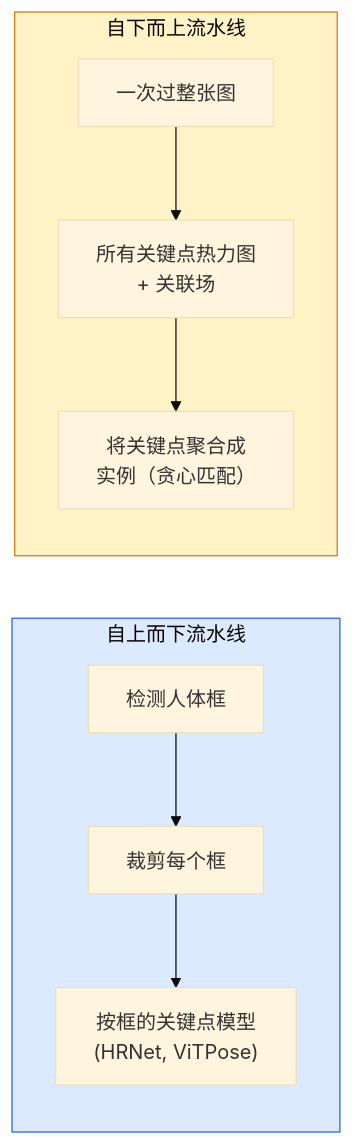
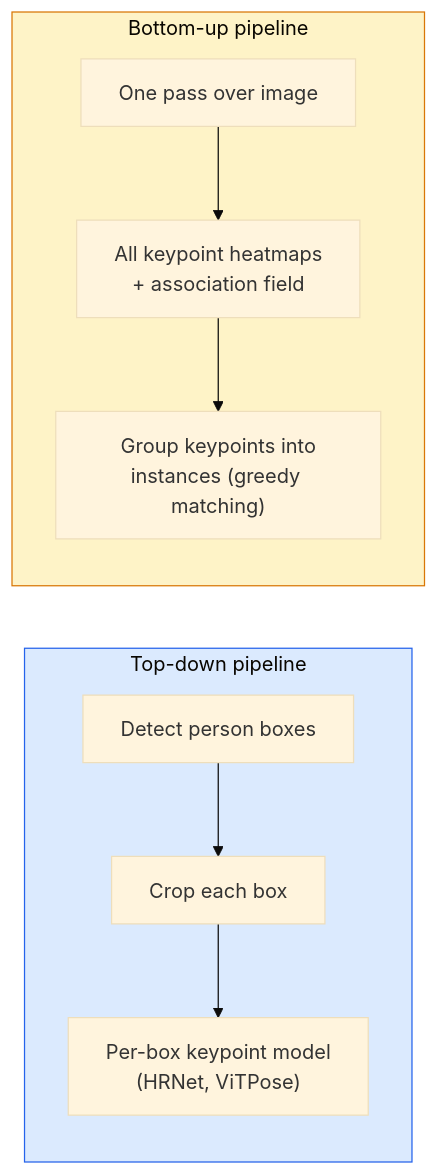
One commit to xiaojiaenen/ai-engineering-from-scratch-zh changed the diagram in i18n/zh/phases/04-computer-vision/21-keypoint-pose/docs/zh.md. Above: the diagram before and after it, drawn with Mermaid (base theme). The commit also changed other lines of this file and 28 other files, not shown here.

````diff
--- a/i18n/zh/phases/04-computer-vision/21-keypoint-pose/docs/zh.md
+++ b/i18n/zh/phases/04-computer-vision/21-keypoint-pose/docs/zh.md
@@ -29,14 +29,14 @@
 ```mermaid
 flowchart LR
-    subgraph TD["自上而下流水线"]
-        A1["检测人体框"] --> A2["裁剪每个框"]
-        A2 --> A3["按框的关键点模型<br/>(HRNet, ViTPose)"]
+    subgraph TD["Top-down pipeline"]
+        A1["Detect person boxes"] --> A2["Crop each box"]
+        A2 --> A3["Per-box keypoint model<br/>(HRNet, ViTPose)"]
     end
-    subgraph BU["自下而上流水线"]
-        B1["一次过整张图"] --> B2["所有关键点热力图<br/>+ 关联场"]
-        B2 --> B3["将关键点聚合成<br/>实例（贪心匹配）"]
+    subgraph BU["Bottom-up pipeline"]
+        B1["One pass over image"] --> B2["All keypoint heatmaps<br/>+ association field"]
+        B2 --> B3["Group keypoints into<br/>instances (greedy matching)"]
     end
 
     style TD fill:#dbeafe,stroke:#2563eb
     style BU fill:#fef3c7,stroke:#d97706
 ```
````
